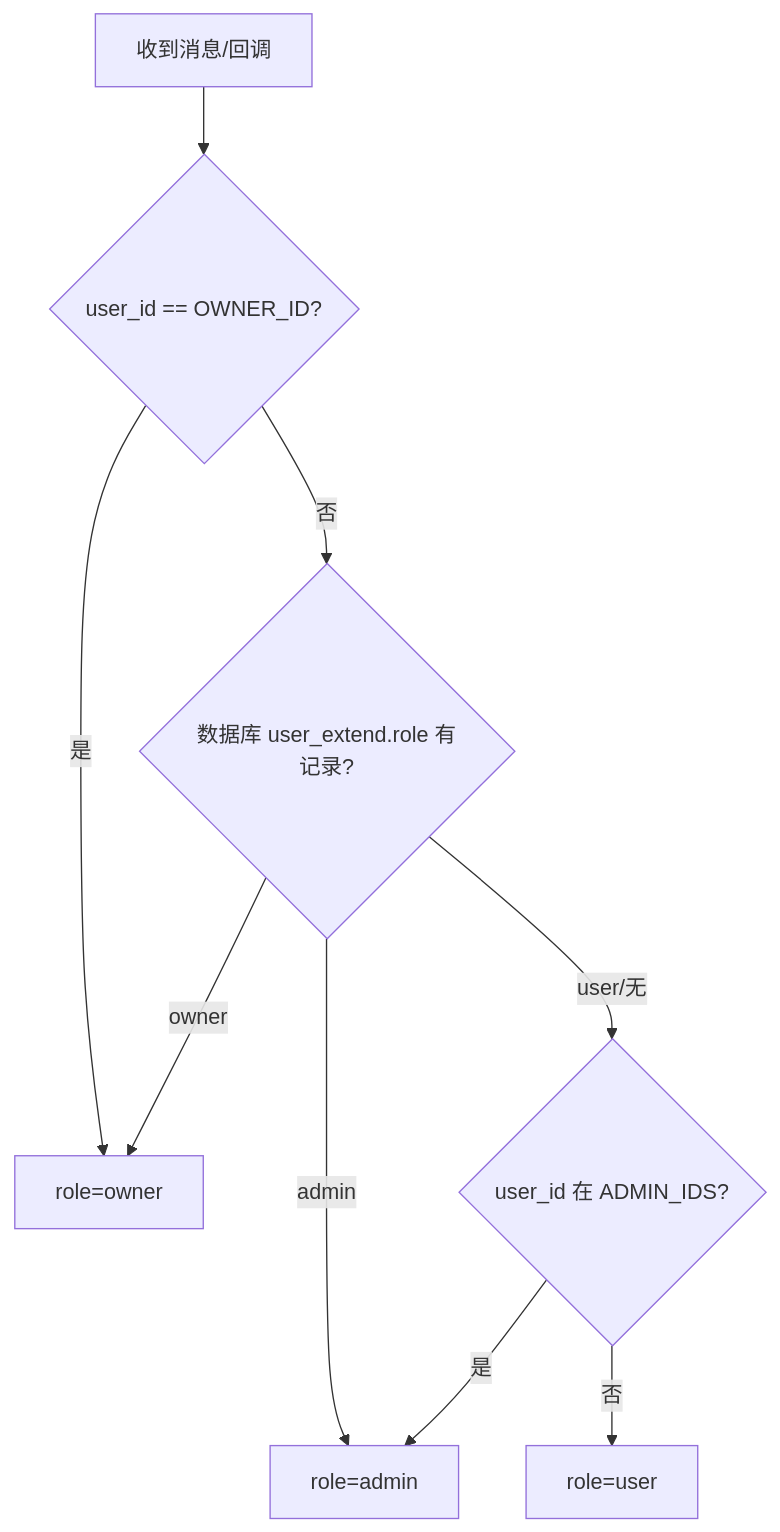
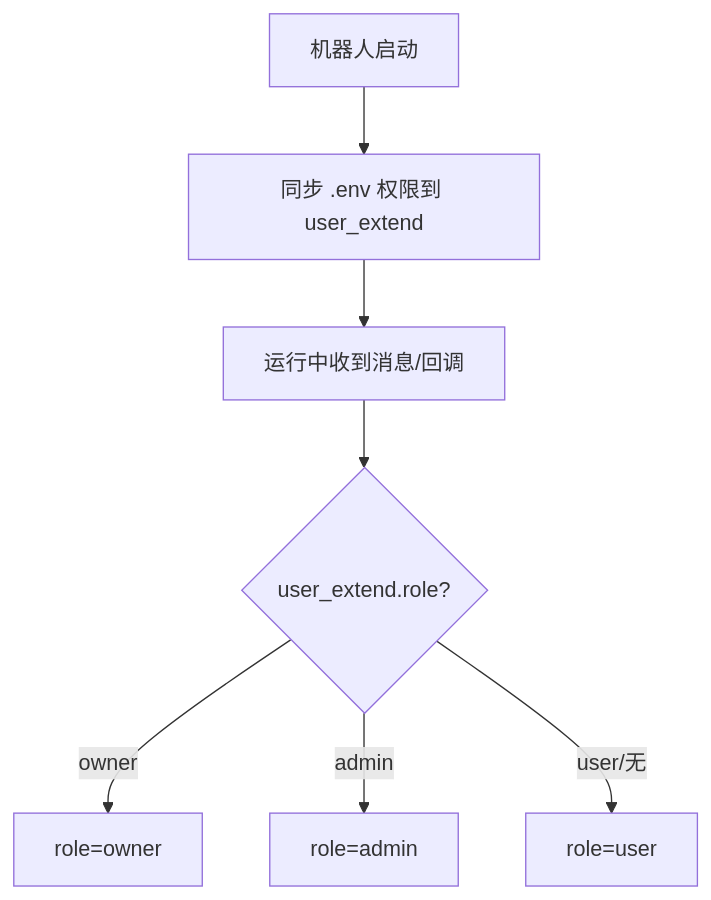
Before and after one commit to NogiRuka/telegram-bot-template-donBarbos: the first of 2 diagrams in .trae/rules/python-engineering-standards.md, drawn with Mermaid. The commit also changed other lines of this file and 5 other files, not shown here.

````diff
--- a/.trae/rules/python-engineering-standards.md
+++ b/.trae/rules/python-engineering-standards.md
@@ -26,11 +30,9 @@
 ```mermaid
 flowchart TD
-  A[收到消息/回调] --> B{user_id == OWNER_ID?}
-  B -- 是 --> O[role=owner]
-  B -- 否 --> C{数据库 user_extend.role 有记录?}
-  C -- owner --> O
-  C -- admin --> D[role=admin]
-  C -- user/无 --> E{user_id 在 ADMIN_IDS?}
-  E -- 是 --> D
-  E -- 否 --> U[role=user]
+  S[机器人启动] --> I[同步 .env 权限到 user_extend]
+  I --> R[运行中收到消息/回调]
+  R --> Q{user_extend.role?}
+  Q -- owner --> O[role=owner]
+  Q -- admin --> A[role=admin]
+  Q -- user/无 --> U[role=user]
 ```
````
